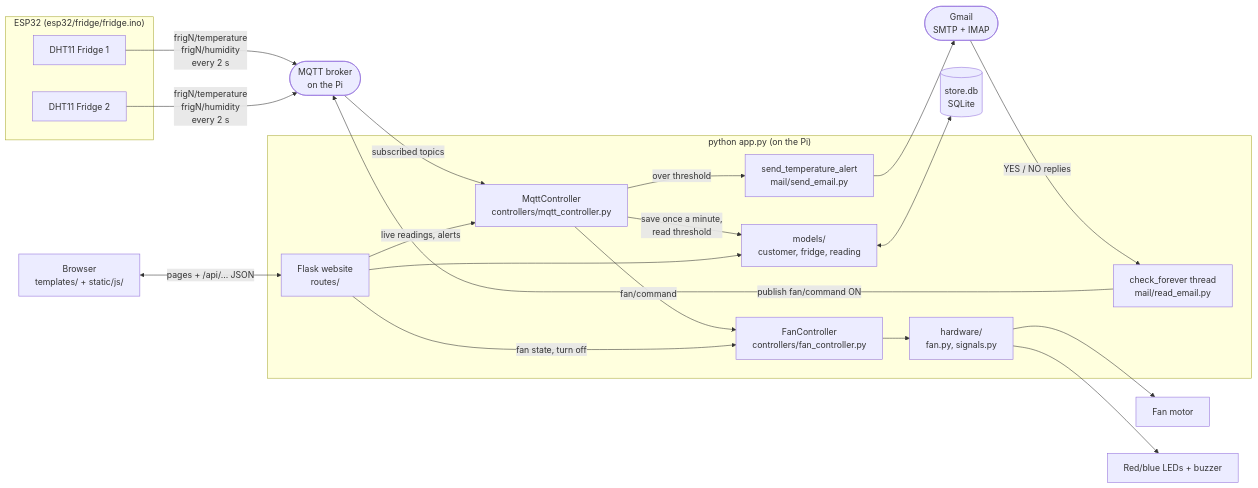
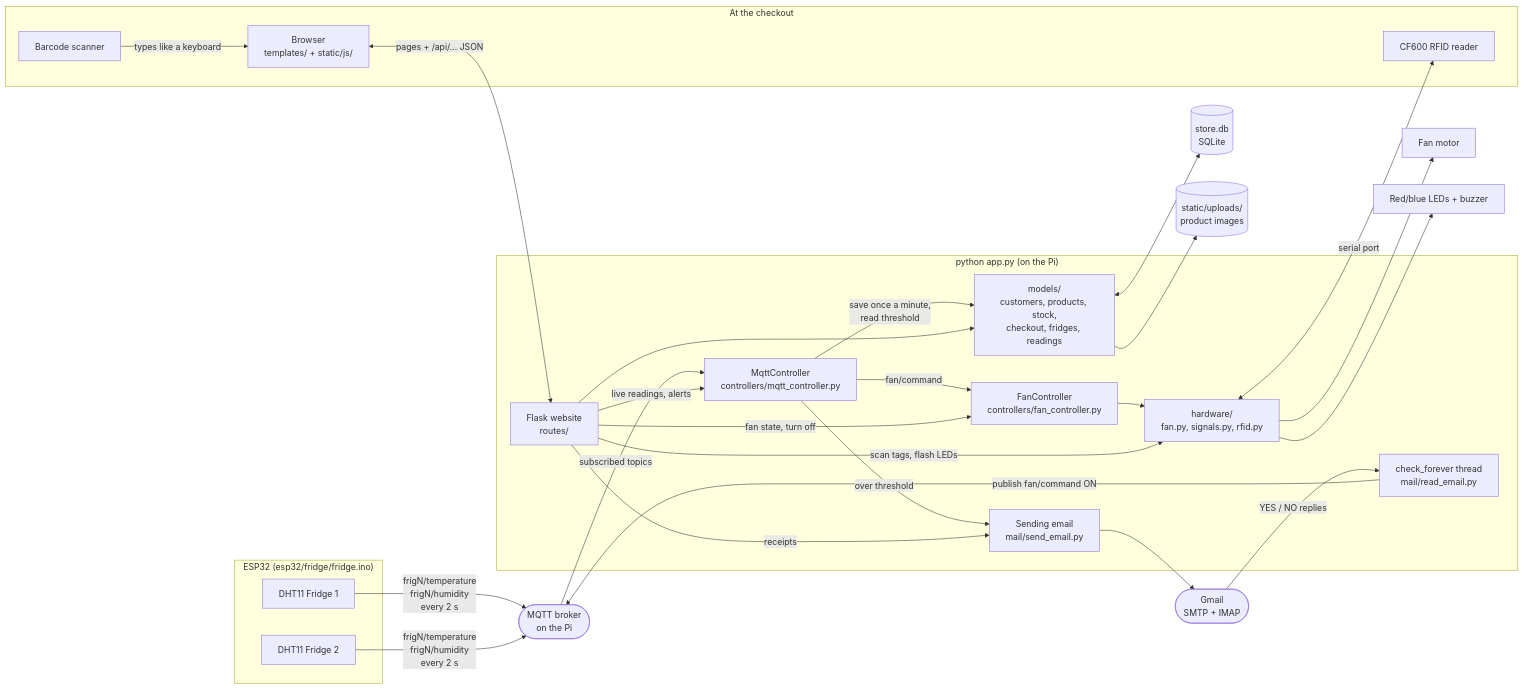
One commit to gvogas/IoT changed the first of 7 diagrams in docs/architecture.md. Above: the diagram before and after it, drawn with Mermaid. The commit also changed other lines of this file and 92 other files, not shown here.

````diff
--- a/docs/architecture.md
+++ b/docs/architecture.md
@@ -9,42 +19,53 @@
 ```mermaid
 flowchart LR
     subgraph ESP32["ESP32 (esp32/fridge/fridge.ino)"]
         DHT1["DHT11 Fridge 1"]
         DHT2["DHT11 Fridge 2"]
+    end
+
+    subgraph Store["At the checkout"]
+        Browser["Browser<br/>templates/ + static/js/"]
+        Barcode["Barcode scanner"]
+        Reader["CF600 RFID reader"]
     end
 
     Broker(["MQTT broker<br/>on the Pi"])
 
     subgraph Pi["python app.py (on the Pi)"]
         Flask["Flask website<br/>routes/"]
         MQTT["MqttController<br/>controllers/mqtt_controller.py"]
         FanC["FanController<br/>controllers/fan_controller.py"]
         Inbox["check_forever thread<br/>mail/read_email.py"]
-        Send["send_temperature_alert<br/>mail/send_email.py"]
-        Models["models/<br/>customer, fridge, reading"]
-        HW["hardware/<br/>fan.py, signals.py"]
+        Send["Sending email<br/>mail/send_email.py"]
+        Models["models/<br/>customers, products, stock,<br/>checkout, fridges, readings"]
+        HW["hardware/<br/>fan.py, signals.py, rfid.py"]
     end
 
     DB[("store.db<br/>SQLite")]
+    Images[("static/uploads/<br/>product images")]
     Gmail(["Gmail<br/>SMTP + IMAP"])
-    Browser["Browser<br/>templates/ + static/js/"]
     Fan["Fan motor"]
     LEDs["Red/blue LEDs + buzzer"]
 
     DHT1 & DHT2 -->|"frigN/temperature<br/>frigN/humidity<br/>every 2 s"| Broker
     Broker -->|subscribed topics| MQTT
     MQTT -->|fan/command| FanC
     MQTT -->|"save once a minute,<br/>read threshold"| Models
     MQTT -->|"over threshold"| Send
     Send --> Gmail
     Gmail -->|"YES / NO replies"| Inbox
     Inbox -->|"publish fan/command ON"| Broker
     FanC --> HW
     HW --> Fan
     HW --> LEDs
+    HW <-->|"serial port"| Reader
+    Barcode -->|"types like a keyboard"| Browser
     Models <--> DB
+    Models --> Images
     Browser <-->|"pages + /api/... JSON"| Flask
     Flask --> Models
+    Flask -->|"scan tags, flash LEDs"| HW
+    Flask -->|"receipts"| Send
     Flask -->|"live readings, alerts"| MQTT
     Flask -->|"fan state, turn off"| FanC
 ```
````
